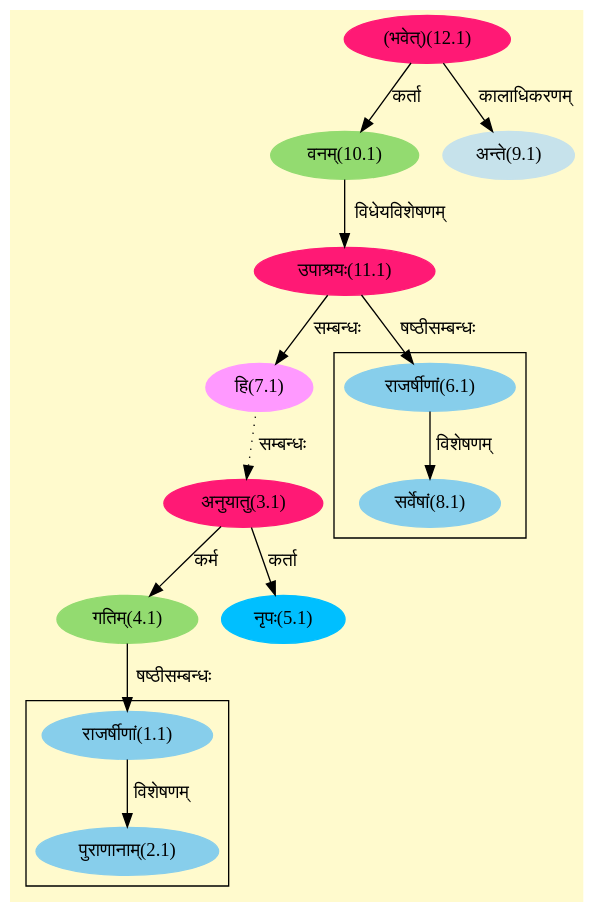
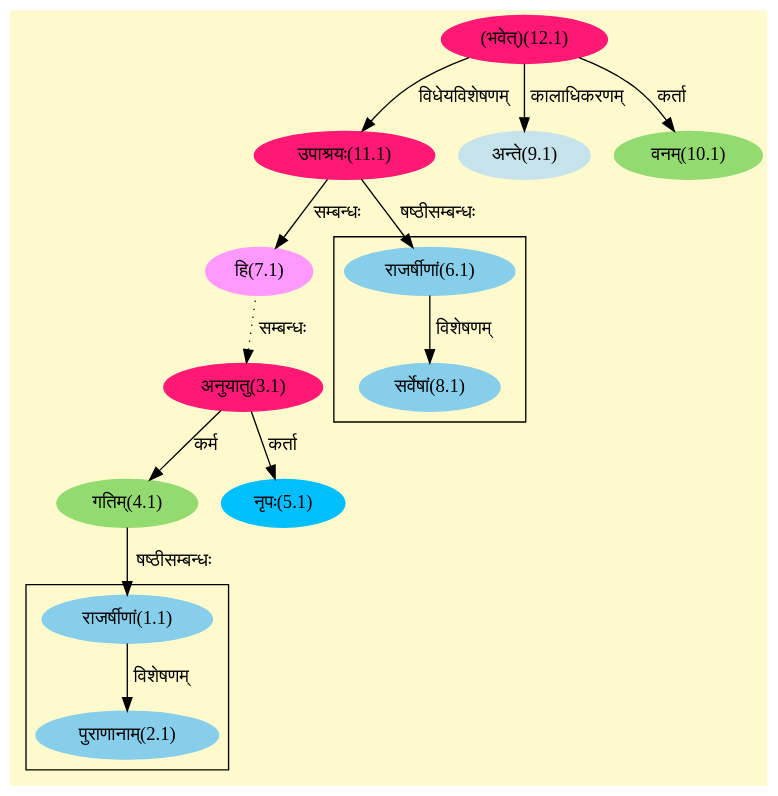
One commit to ska-mahe-blr/ska-ereader.github.io changed the diagram in assets/graphs/08_005_1.dot. Above: the diagram before and after it, drawn with Graphviz. The commit also changed 1152 other files, not shown here.

```diff
--- a/assets/graphs/08_005_1.dot
+++ b/assets/graphs/08_005_1.dot
@@ -1,41 +1,41 @@
 digraph G{
 rankdir=BT;
  compound=true;
  bgcolor="lemonchiffon1";
 
 subgraph cluster_1{
 Node2_1 [style=filled, color="#87CEEB" label = "पुराणानाम्(2.1)"]
 Node1_1 [style=filled, color="#87CEEB" label = "राजर्षीणां(1.1)"]
 
 }
 
 subgraph cluster_2{
 Node8_1 [style=filled, color="#87CEEB" label = "सर्वेषां(8.1)"]
 Node6_1 [style=filled, color="#87CEEB" label = "राजर्षीणां(6.1)"]
 
 }
 Node1_1 [style=filled, color="#87CEEB" label = "राजर्षीणां(1.1)"]
 Node4_1 [style=filled, color="#93DB70" label = "गतिम्(4.1)"]
 Node3_1 [style=filled, color="#FF1975" label = "अनुयातु(3.1)"]
 Node5_1 [style=filled, color="#00BFFF" label = "नृपः(5.1)"]
 Node [style=filled, color="" label = "()"]
 Node7_1 [style=filled, color="#FF99FF" label = "हि(7.1)"]
 Node6_1 [style=filled, color="#87CEEB" label = "राजर्षीणां(6.1)"]
 Node11_1 [style=filled, color="#FF1975" label = "उपाश्रयः(11.1)"]
 Node9_1 [style=filled, color="#C6E2EB" label = "अन्ते(9.1)"]
 Node12_1 [style=filled, color="#FF1975" label = "(भवेत्)(12.1)"]
 Node10_1 [style=filled, color="#93DB70" label = "वनम्(10.1)"]
 /* Start of Relations section */
 
 Node1_1 -> Node4_1 [  label="षष्ठीसम्बन्धः"  dir="back" ]
 Node2_1 -> Node1_1 [  label="विशेषणम्"  dir="back" ]
 Node3_1 -> Node7_1 [ style=dotted label="सम्बन्धः"  dir="back" ]
 Node4_1 -> Node3_1 [  label="कर्म"  dir="back" ]
 Node5_1 -> Node3_1 [  label="कर्ता"  dir="back" ]
 Node6_1 -> Node11_1 [  label="षष्ठीसम्बन्धः"  dir="back" ]
 Node7_1 -> Node11_1 [  label="सम्बन्धः"  dir="back" ]
 Node8_1 -> Node6_1 [  label="विशेषणम्"  dir="back" ]
 Node9_1 -> Node12_1 [  label="कालाधिकरणम्"  dir="back" ]
 Node10_1 -> Node12_1 [  label="कर्ता"  dir="back" ]
-Node11_1 -> Node10_1 [  label="विधेयविशेषणम्"  dir="back" ]
+Node11_1 -> Node12_1 [  label="विधेयविशेषणम्"  dir="back" ]
 }
```
